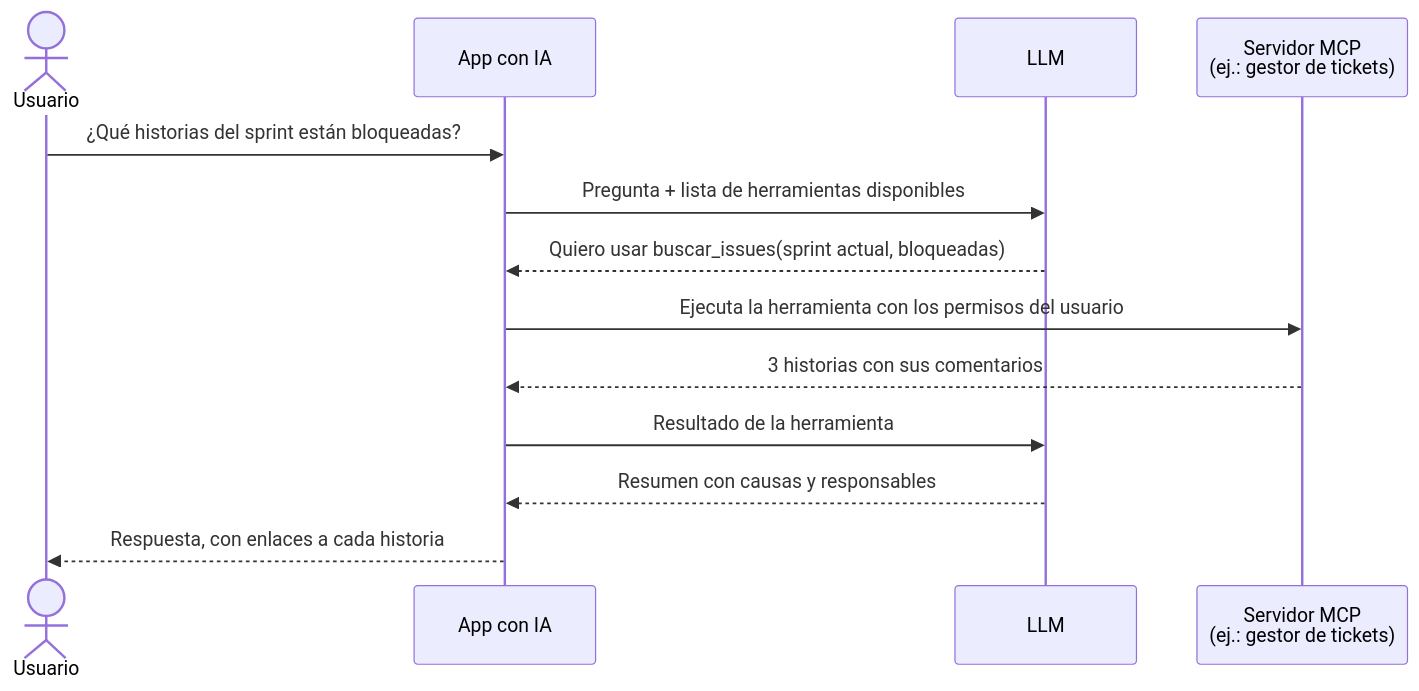
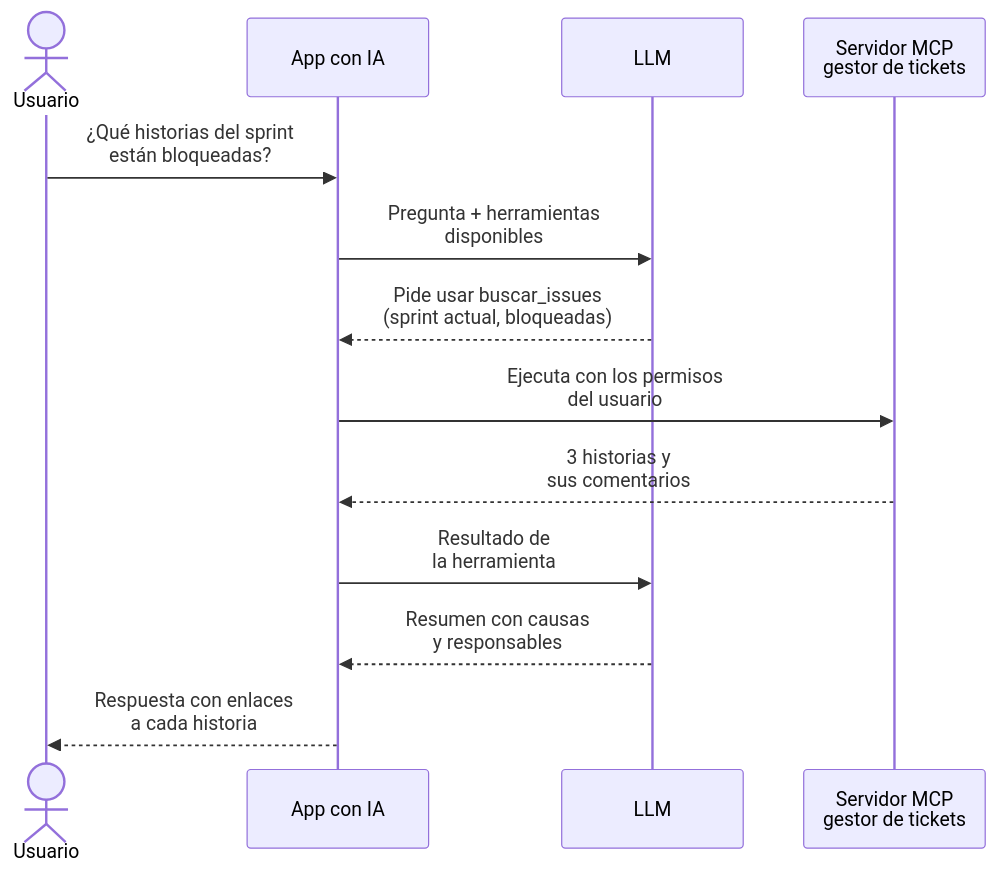
The third of 5 diagrams in content/14-ia-rag-agentes.md (andresga79/saas-para-scrum-masters), drawn with Mermaid before and after one commit.

Commit message:
Acorta los mensajes del diagrama MCP para que no requiera scroll en escritorio

````diff
--- a/content/14-ia-rag-agentes.md
+++ b/content/14-ia-rag-agentes.md
@@ -48,16 +48,16 @@
 ```mermaid
 sequenceDiagram
     actor U as Usuario
     participant A as App con IA
     participant M as LLM
-    participant S as Servidor MCP<br/>(ej.: gestor de tickets)
+    participant S as Servidor MCP<br/>gestor de tickets
 
-    U->>A: ¿Qué historias del sprint están bloqueadas?
-    A->>M: Pregunta + lista de herramientas disponibles
-    M-->>A: Quiero usar buscar_issues(sprint actual, bloqueadas)
-    A->>S: Ejecuta la herramienta con los permisos del usuario
-    S-->>A: 3 historias con sus comentarios
-    A->>M: Resultado de la herramienta
-    M-->>A: Resumen con causas y responsables
-    A-->>U: Respuesta, con enlaces a cada historia
+    U->>A: ¿Qué historias del sprint<br/>están bloqueadas?
+    A->>M: Pregunta + herramientas<br/>disponibles
+    M-->>A: Pide usar buscar_issues<br/>(sprint actual, bloqueadas)
+    A->>S: Ejecuta con los permisos<br/>del usuario
+    S-->>A: 3 historias y<br/>sus comentarios
+    A->>M: Resultado de<br/>la herramienta
+    M-->>A: Resumen con causas<br/>y responsables
+    A-->>U: Respuesta con enlaces<br/>a cada historia
 ```
````
